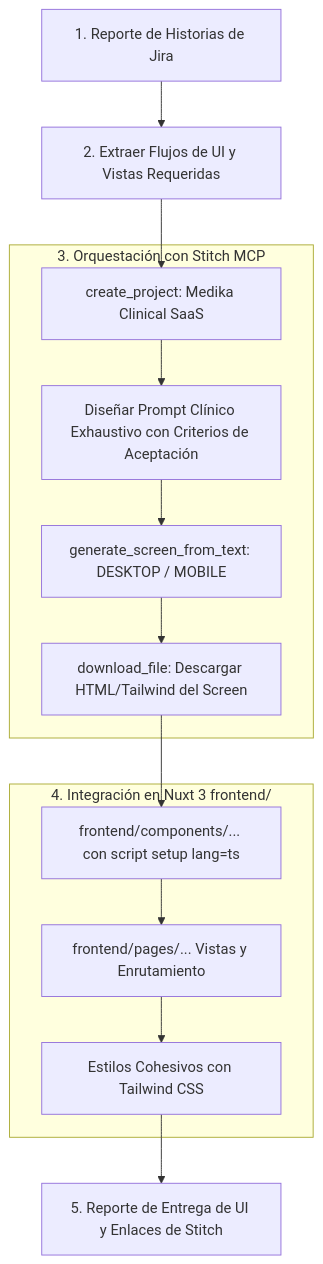
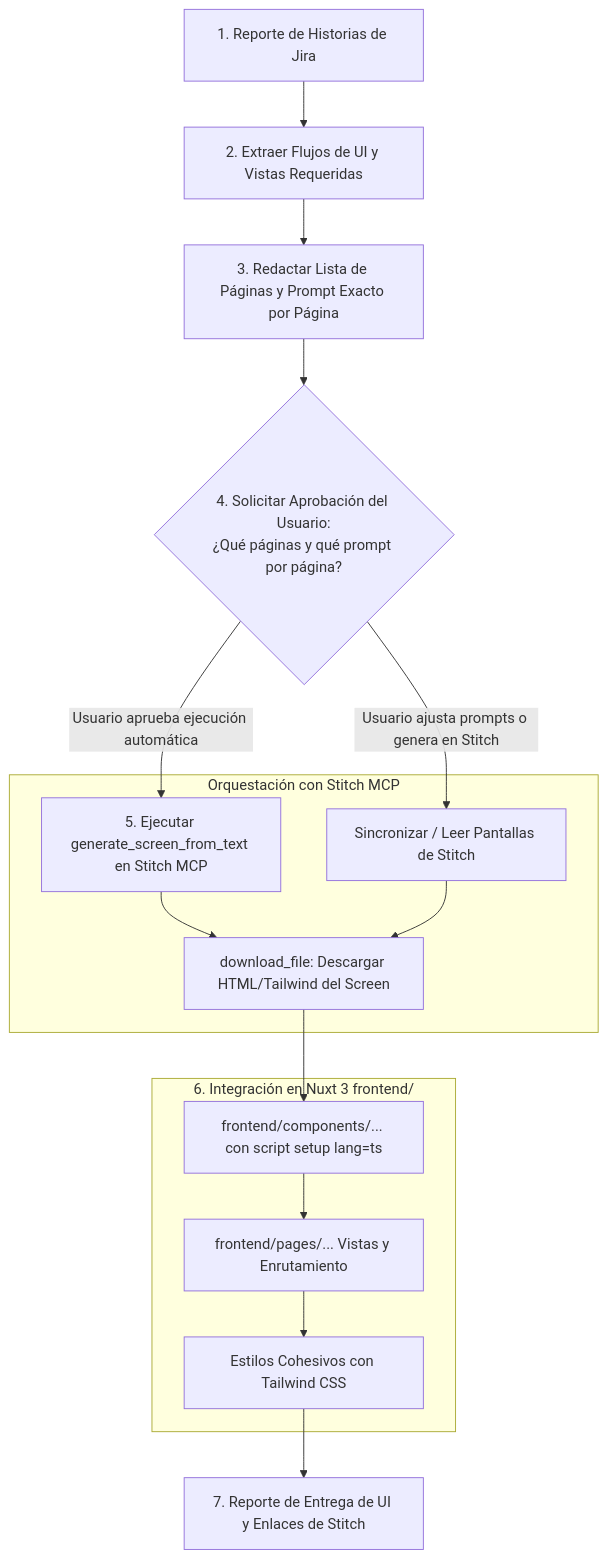
One commit to JulioAdrianFerreyraDev/medcare changed the diagram in agents/ui-stitch-designer-agent.md. Above: the diagram before and after it, drawn with Mermaid. The commit also changed other lines of this file and 40 other files, not shown here.

````diff
--- a/agents/ui-stitch-designer-agent.md
+++ b/agents/ui-stitch-designer-agent.md
@@ -24,28 +28,26 @@
 ```mermaid
 flowchart TD
     Stories[1. Reporte de Historias de Jira] --> Extract[2. Extraer Flujos de UI y Vistas Requeridas]
-    
-    subgraph StitchMCPWorkflow [3. Orquestación con Stitch MCP]
-        CreateProj[create_project: Medika Clinical SaaS]
-        PromptDesign[Diseñar Prompt Clínico Exhaustivo con Criterios de Aceptación]
-        GenScreen[generate_screen_from_text: DESKTOP / MOBILE]
-        Download[download_file: Descargar HTML/Tailwind del Screen]
+    Extract --> DraftPrompts[3. Redactar Lista de Páginas y Prompt Exacto por Página]
+    DraftPrompts --> AskApproval{4. Solicitar Aprobación del Usuario:<br/>¿Qué páginas y qué prompt por página?}
+
+    AskApproval -- "Usuario ajusta prompts o genera en Stitch" --> SyncStitch[Sincronizar / Leer Pantallas de Stitch]
+    AskApproval -- "Usuario aprueba ejecución automática" --> GenScreen[5. Ejecutar generate_screen_from_text en Stitch MCP]
+
+    subgraph StitchMCPWorkflow [Orquestación con Stitch MCP]
+        GenScreen --> Download[download_file: Descargar HTML/Tailwind del Screen]
+        SyncStitch --> Download
     end
-    
-    Extract --> CreateProj
-    CreateProj --> PromptDesign
-    PromptDesign --> GenScreen
-    GenScreen --> Download
-    
-    subgraph NuxtIntegration [4. Integración en Nuxt 3 frontend/]
+
+    subgraph NuxtIntegration [6. Integración en Nuxt 3 frontend/]
         Components[frontend/components/... con script setup lang=ts]
         Pages[frontend/pages/... Vistas y Enrutamiento]
         Tailwind[Estilos Cohesivos con Tailwind CSS]
     end
-    
+
     Download --> Components
     Components --> Pages
     Pages --> Tailwind
-    
-    Tailwind --> Report[5. Reporte de Entrega de UI y Enlaces de Stitch]
+
+    Tailwind --> Report[7. Reporte de Entrega de UI y Enlaces de Stitch]
 ```
````
